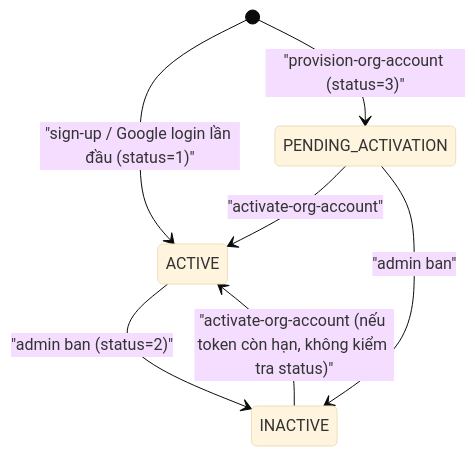
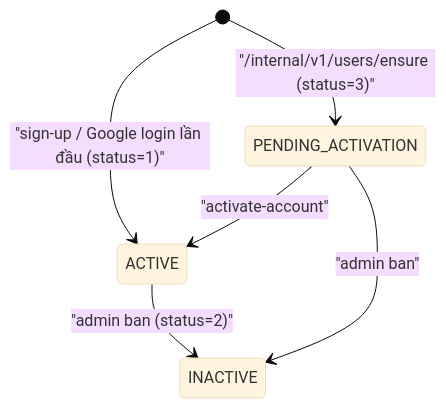
The first of 3 diagrams in services/identity-service.md (DOAN2-UQT-KN/ecolink-docs), drawn with Mermaid (base theme) before and after one commit. The commit also changed other lines of this file and 10 other files, not shown here.

Commit message:
docs: multi-owner organization registration flow

````diff
--- a/services/identity-service.md
+++ b/services/identity-service.md
@@ -161,9 +164,8 @@
 ```mermaid
 stateDiagram-v2
     [*] --> ACTIVE: "sign-up / Google login lần đầu (status=1)"
-    [*] --> PENDING_ACTIVATION: "provision-org-account (status=3)"
-    PENDING_ACTIVATION --> ACTIVE: "activate-org-account"
+    [*] --> PENDING_ACTIVATION: "/internal/v1/users/ensure (status=3)"
+    PENDING_ACTIVATION --> ACTIVE: "activate-account"
     ACTIVE --> INACTIVE: "admin ban (status=2)"
     PENDING_ACTIVATION --> INACTIVE: "admin ban"
-    INACTIVE --> ACTIVE: "activate-org-account (nếu token còn hạn, không kiểm tra status)"
 ```
````
